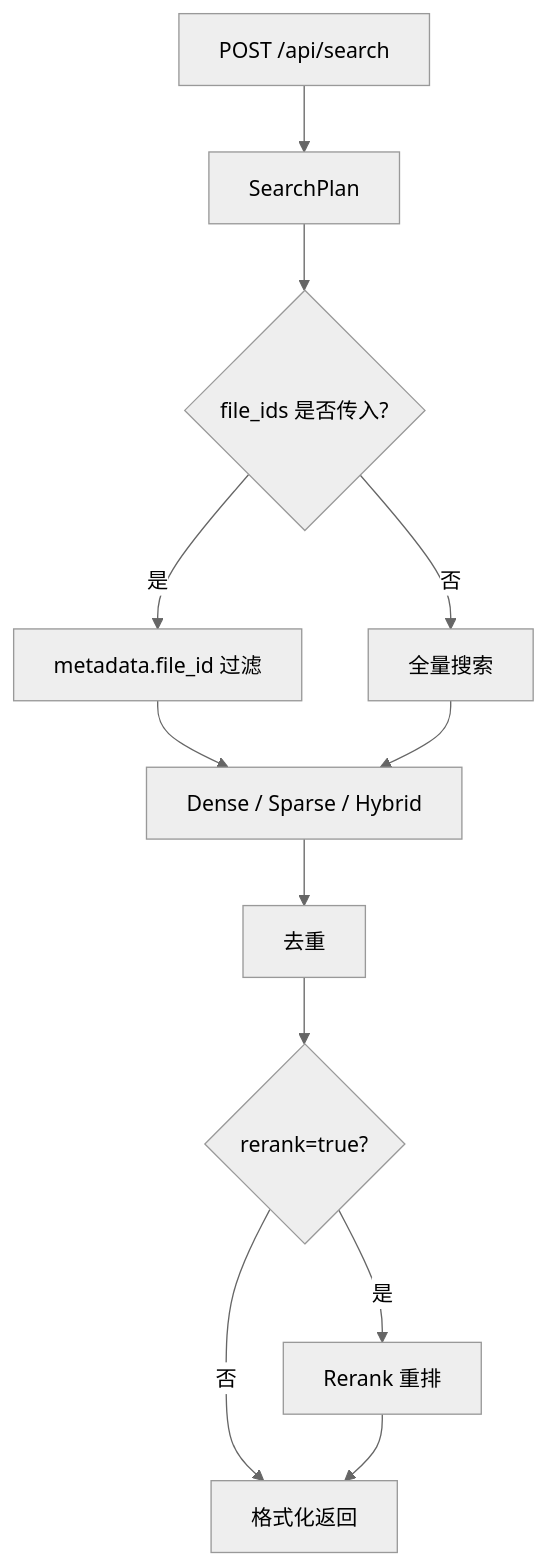
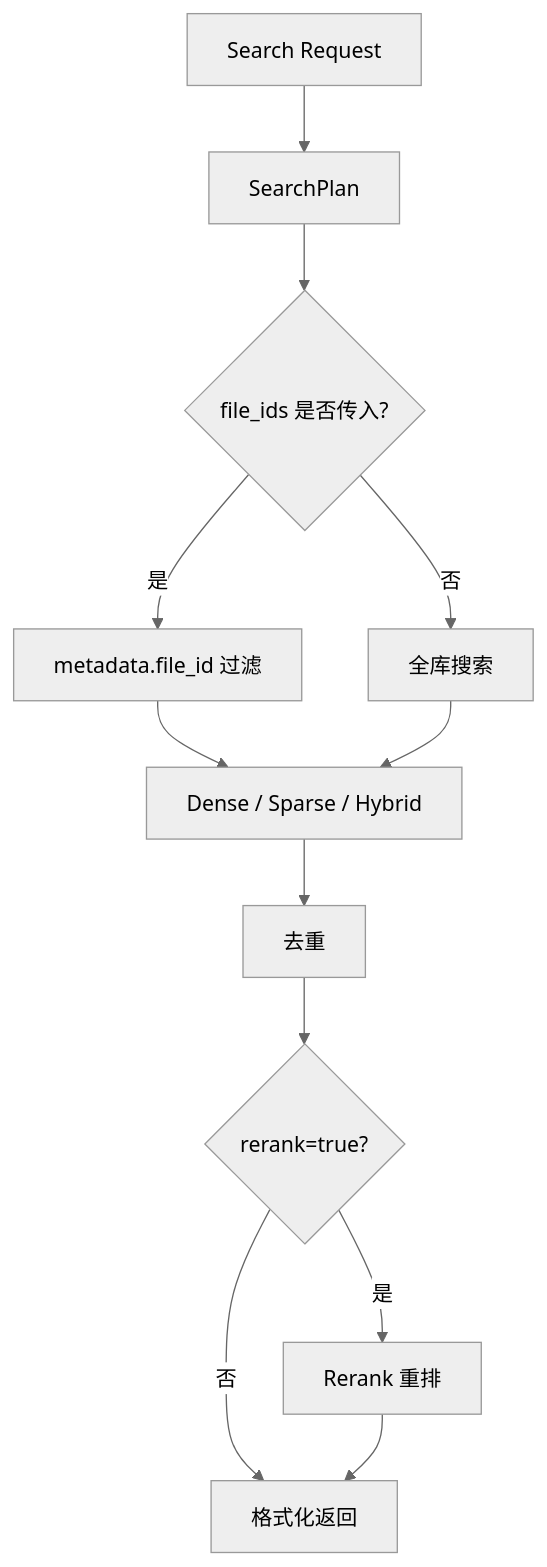
Before and after one commit to guobinqiu/new_brain: the fifth of 5 diagrams in docs/architecture.md, drawn with Mermaid (neutral theme). The commit also changed other lines of this file and 61 other files, not shown here.

````diff
--- a/docs/architecture.md
+++ b/docs/architecture.md
@@ -136,14 +190,14 @@
 ```mermaid
 flowchart TB
-  Query["POST /api/search"] --> Plan["SearchPlan"]
+  Query["Search Request"] --> Plan["SearchPlan"]
   Plan --> Filter{"file_ids 是否传入?"}
   Filter -->|是| FileFilter["metadata.file_id 过滤"]
-  Filter -->|否| Full["全量搜索"]
+  Filter -->|否| Full["全库搜索"]
   FileFilter --> Retrieve["Dense / Sparse / Hybrid"]
   Full --> Retrieve
   Retrieve --> Dedupe["去重"]
   Dedupe --> NeedRerank{"rerank=true?"}
   NeedRerank -->|是| Rerank["Rerank 重排"]
   NeedRerank -->|否| Format["格式化返回"]
   Rerank --> Format
 ```
````
